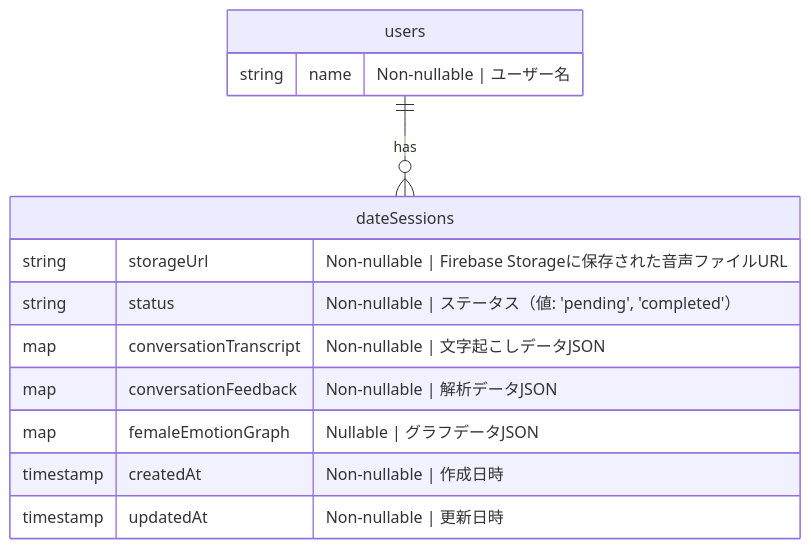
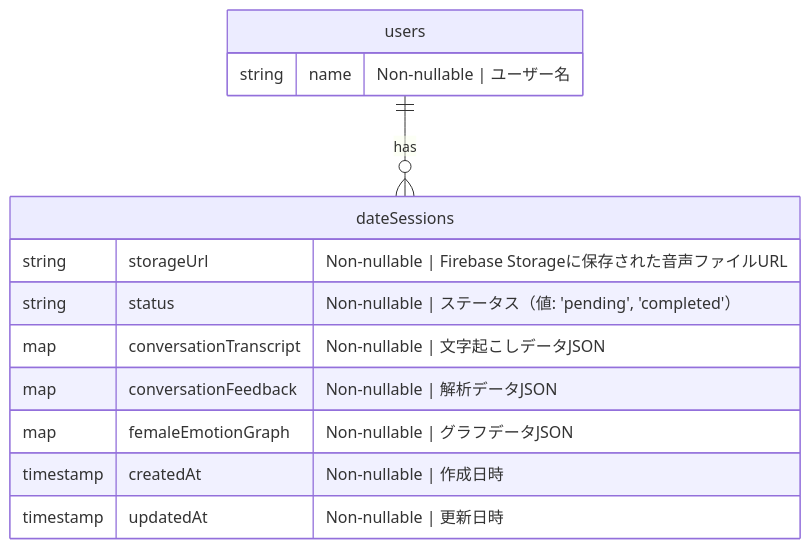
Before and after one commit to GrassVenture/date-feed-back: the diagram in .cursor/rules/db-data-schema.mdc, drawn with Mermaid. The commit also changed other lines of this file and 5 other files, not shown here.

````diff
--- a/.cursor/rules/db-data-schema.mdc
+++ b/.cursor/rules/db-data-schema.mdc
@@ -10,19 +10,19 @@
 ```mermaid
 erDiagram
     users ||--o{ dateSessions : has
 
     users {
         string name "Non-nullable | ユーザー名"
     }
 
     dateSessions {
         string storageUrl "Non-nullable | Firebase Storageに保存された音声ファイルURL"
         string status "Non-nullable | ステータス（値: 'pending', 'completed'）"
         map conversationTranscript "Non-nullable | 文字起こしデータJSON"
         map conversationFeedback "Non-nullable | 解析データJSON"
-        map femaleEmotionGraph "Nullable | グラフデータJSON"
+        map femaleEmotionGraph "Non-nullable | グラフデータJSON"
         timestamp createdAt "Non-nullable | 作成日時"
         timestamp updatedAt "Non-nullable | 更新日時"
     }
 
 ```
````
